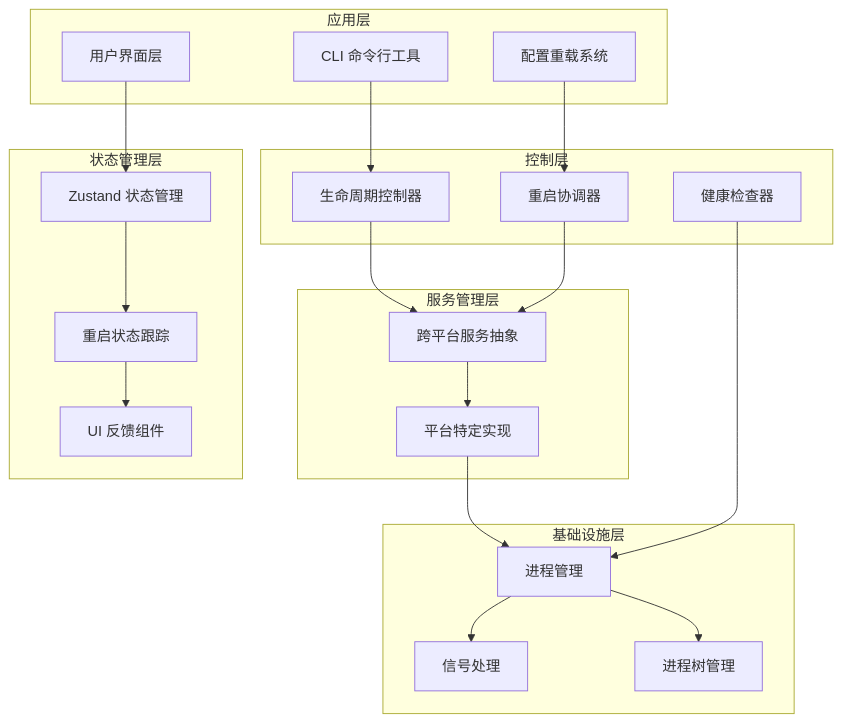
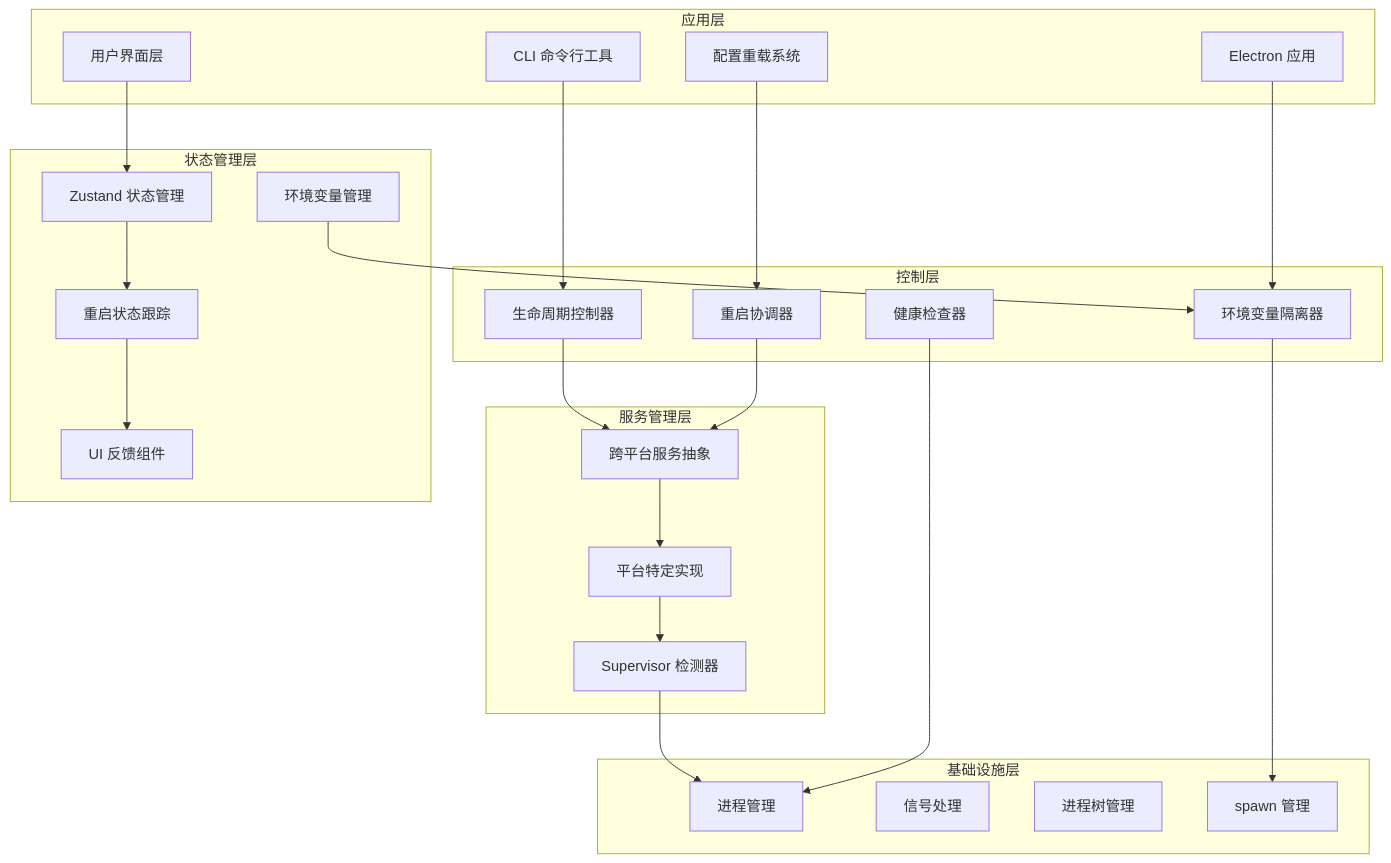
Before and after one commit to verse-ai-org/openclaw: the fourth of 17 diagrams in .qoder/repowiki/zh/content/核心概念/网关架构/网关重启系统.md, drawn with Mermaid. The commit also changed other lines of this file and 19 other files, not shown here.

````diff
--- a/.qoder/repowiki/zh/content/核心概念/网关架构/网关重启系统.md
+++ b/.qoder/repowiki/zh/content/核心概念/网关架构/网关重启系统.md
@@ -185,39 +204,46 @@
 ```mermaid
 graph TB
 subgraph "应用层"
 A[CLI 命令行工具]
 B[配置重载系统]
 C[用户界面层]
+D[Electron 应用]
 end
 subgraph "控制层"
-D[生命周期控制器]
-E[重启协调器]
-F[健康检查器]
+E[生命周期控制器]
+F[重启协调器]
+G[健康检查器]
+H[环境变量隔离器]
 end
 subgraph "服务管理层"
-G[跨平台服务抽象]
-H[平台特定实现]
+I[跨平台服务抽象]
+J[平台特定实现]
+K[Supervisor 检测器]
 end
 subgraph "状态管理层"
-I[Zustand 状态管理]
-J[重启状态跟踪]
-K[UI 反馈组件]
+L[Zustand 状态管理]
+M[重启状态跟踪]
+N[UI 反馈组件]
+O[环境变量管理]
 end
 subgraph "基础设施层"
-L[进程管理]
-M[信号处理]
-N[进程树管理]
+P[进程管理]
+Q[信号处理]
+R[进程树管理]
+S[spawn 管理]
 end
-A --> D
-B --> E
-C --> I
+A --> E
+B --> F
+C --> L
+D --> H
+H --> S
 I --> J
 J --> K
-D --> G
-E --> G
-G --> H
-H --> L
+K --> P
 L --> M
-L --> N
-F --> L
+M --> N
+O --> H
+E --> I
+F --> I
+G --> P
 ```
````
